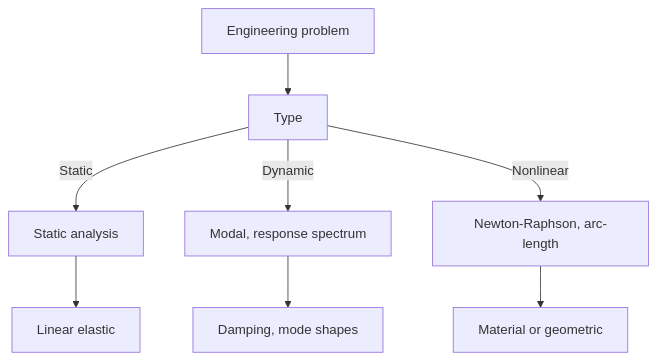
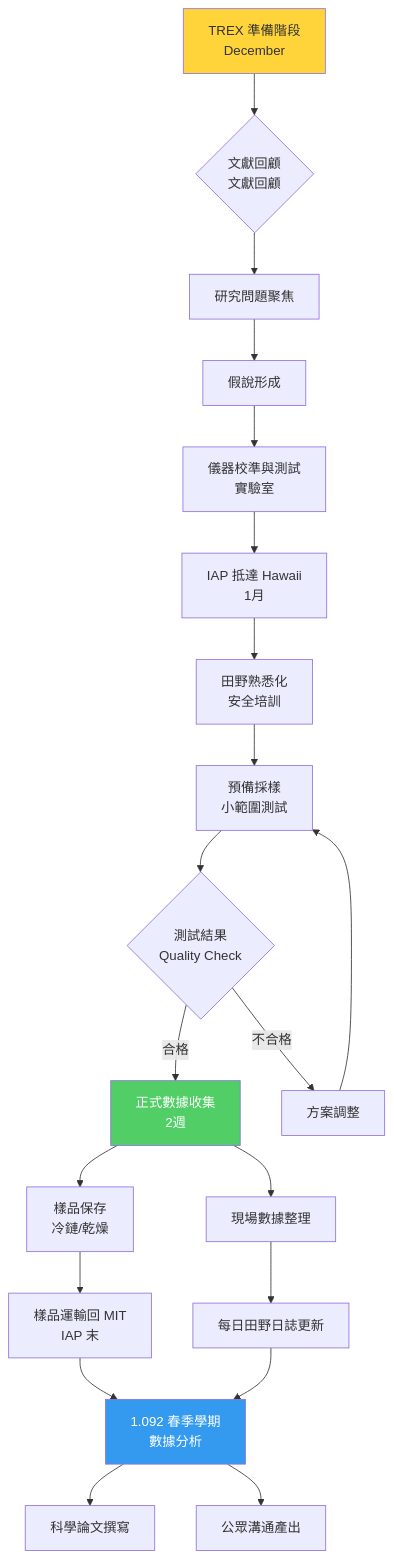
Before and after one commit to yip-lgtm/civil-bootcamp: the first of 5 diagrams in MIT_CEE_Core/Track_1_Environment/Fluids_Transport_Engineering/04_1.091_TREX_Fieldwork.md, drawn with Mermaid. The commit also changed other lines of this file and 8 other files, not shown here.

````diff
--- a/MIT_CEE_Core/Track_1_Environment/Fluids_Transport_Engineering/04_1.091_TREX_Fieldwork.md
+++ b/MIT_CEE_Core/Track_1_Environment/Fluids_Transport_Engineering/04_1.091_TREX_Fieldwork.md
@@ -259,10 +601,32 @@
 ```mermaid
 flowchart TD
-    A[Engineering problem] --> B[Type]
-    B -->|Static| C[Static analysis]
-    B -->|Dynamic| D[Modal, response spectrum]
-    B -->|Nonlinear| E[Newton-Raphson, arc-length]
-    C --> F[Linear elastic]
-    D --> G[Damping, mode shapes]
-    E --> H[Material or geometric]
+    A[TREX 準備階段<br/>December] --> B{文獻回顧<br/>文獻回顧}
+    B --> C[研究問題聚焦]
+    C --> D[假說形成]
+    D --> E[儀器校準與測試<br/>實驗室]
+    
+    E --> F[IAP 抵達 Hawaii<br/>1月]
+    F --> G[田野熟悉化<br/>安全培訓]
+    G --> H[預備採樣<br/>小範圍測試]
+    
+    H --> I{測試結果<br/>Quality Check}
+    I -->|合格| J[正式數據收集<br/>2週]
+    I -->|不合格| K[方案調整]
+    K --> H
+    
+    J --> L[樣品保存<br/>冷鏈/乾燥]
+    J --> M[現場數據整理]
+    
+    L --> N[樣品運輸回 MIT<br/>IAP 末]
+    M --> O[每日田野日誌更新]
+    
+    N --> P[1.092 春季學期<br/>數據分析]
+    O --> P
+    
+    P --> Q[科學論文撰寫]
+    P --> R[公眾溝通產出]
+    
+    style A fill:#ffd43b
+    style J fill:#51cf66,color:#fff
+    style P fill:#339af0,color:#fff
 ```
````
